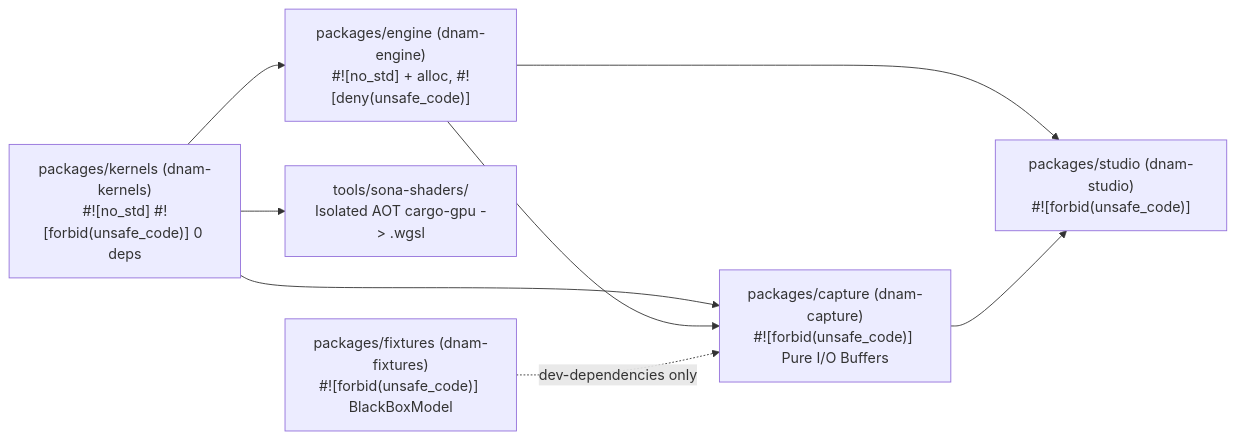
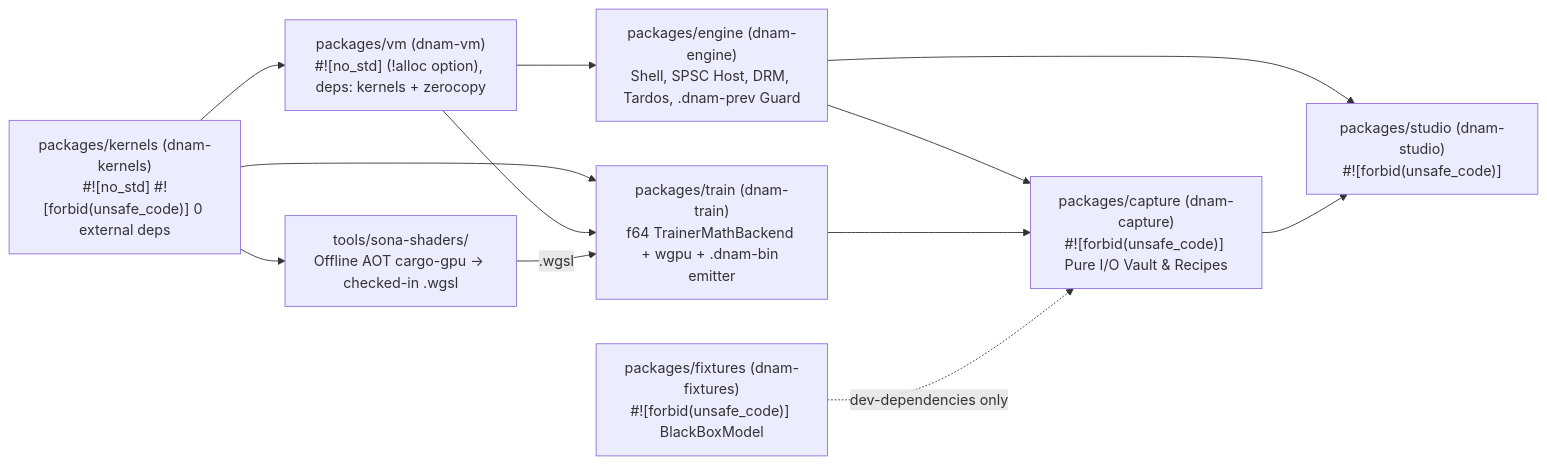
The diagram in docs/specs/sdks/rust_sdk.md (mokugen/dnam), drawn with Mermaid before and after one commit. The commit also changed other lines of this file and 34 other files, not shown here.

Commit message:
docs(sona): lock 5-crate diamond, .dnam-bin VM format & clean-room M5 specs

````diff
--- a/docs/specs/sdks/rust_sdk.md
+++ b/docs/specs/sdks/rust_sdk.md
@@ -41,10 +44,14 @@
 ```mermaid
 flowchart LR
-    Kernels["packages/kernels (dnam-kernels)<br/>#![no_std] #![forbid(unsafe_code)] 0 deps"] --> Engine["packages/engine (dnam-engine)<br/>#![no_std] + alloc, #![deny(unsafe_code)]"]
-    Kernels --> Shaders["tools/sona-shaders/<br/>Isolated AOT cargo-gpu -> .wgsl"]
-    Kernels --> Capture["packages/capture (dnam-capture)<br/>#![forbid(unsafe_code)] Pure I/O Buffers"]
-    Engine --> Capture
+    Kernels["packages/kernels (dnam-kernels)<br/>#![no_std] #![forbid(unsafe_code)] 0 external deps"] --> VM["packages/vm (dnam-vm)<br/>#![no_std] (!alloc option), deps: kernels + zerocopy"]
+    Kernels --> Shaders["tools/sona-shaders/<br/>Offline AOT cargo-gpu -> checked-in .wgsl"]
+    Kernels --> Train["packages/train (dnam-train)<br/>f64 TrainerMathBackend + wgpu + .dnam-bin emitter"]
+    VM --> Engine["packages/engine (dnam-engine)<br/>Shell, SPSC Host, DRM, Tardos, .dnam-prev Guard"]
+    VM --> Train
+    Shaders -->|".wgsl"| Train
+    Engine --> Capture["packages/capture (dnam-capture)<br/>#![forbid(unsafe_code)] Pure I/O Vault & Recipes"]
+    Train --> Capture
     Fixtures["packages/fixtures (dnam-fixtures)<br/>#![forbid(unsafe_code)] BlackBoxModel"] -. "dev-dependencies only" .-> Capture
     Engine --> Studio["packages/studio (dnam-studio)<br/>#![forbid(unsafe_code)]"]
     Capture --> Studio
 ```
````
